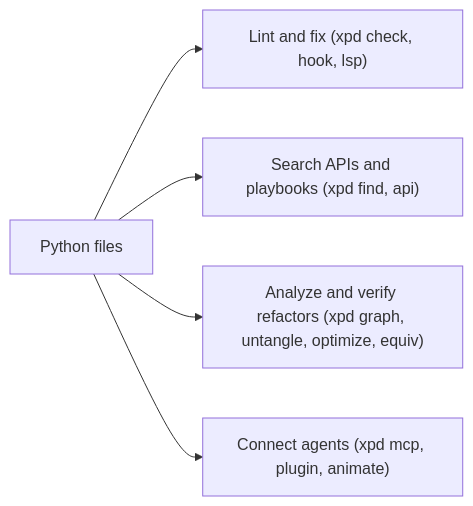
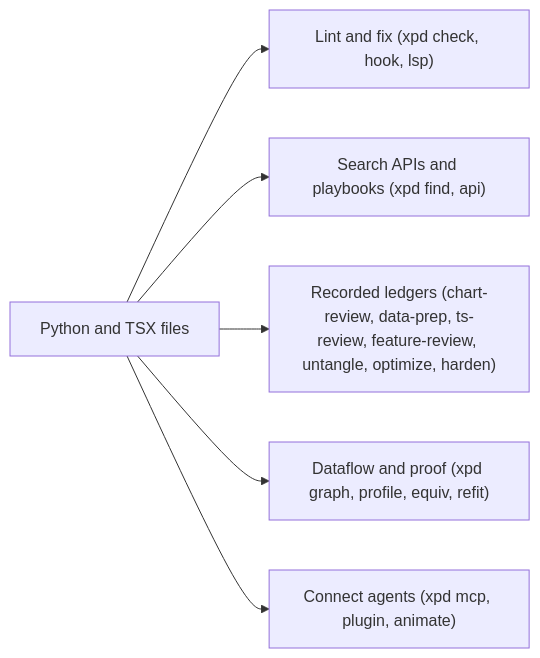
One commit to bjoernaagaard/xpd changed the diagram in README.md. Above: the diagram before and after it, drawn with Mermaid. The commit also changed other lines of this file and 22 other files, not shown here.

````diff
--- a/README.md
+++ b/README.md
@@ -7,7 +7,8 @@
 ```mermaid
 flowchart LR
-    Code["Python files"] --> Check["Lint and fix (xpd check, hook, lsp)"]
+    Code["Python and TSX files"] --> Check["Lint and fix (xpd check, hook, lsp)"]
     Code --> Search["Search APIs and playbooks (xpd find, api)"]
-    Code --> Refactor["Analyze and verify refactors (xpd graph, untangle, optimize, equiv)"]
+    Code --> Ledgers["Recorded ledgers (chart-review, data-prep, ts-review, feature-review, untangle, optimize, harden)"]
+    Code --> Verify["Dataflow and proof (xpd graph, profile, equiv, refit)"]
     Code --> Agent["Connect agents (xpd mcp, plugin, animate)"]
 ```
````
